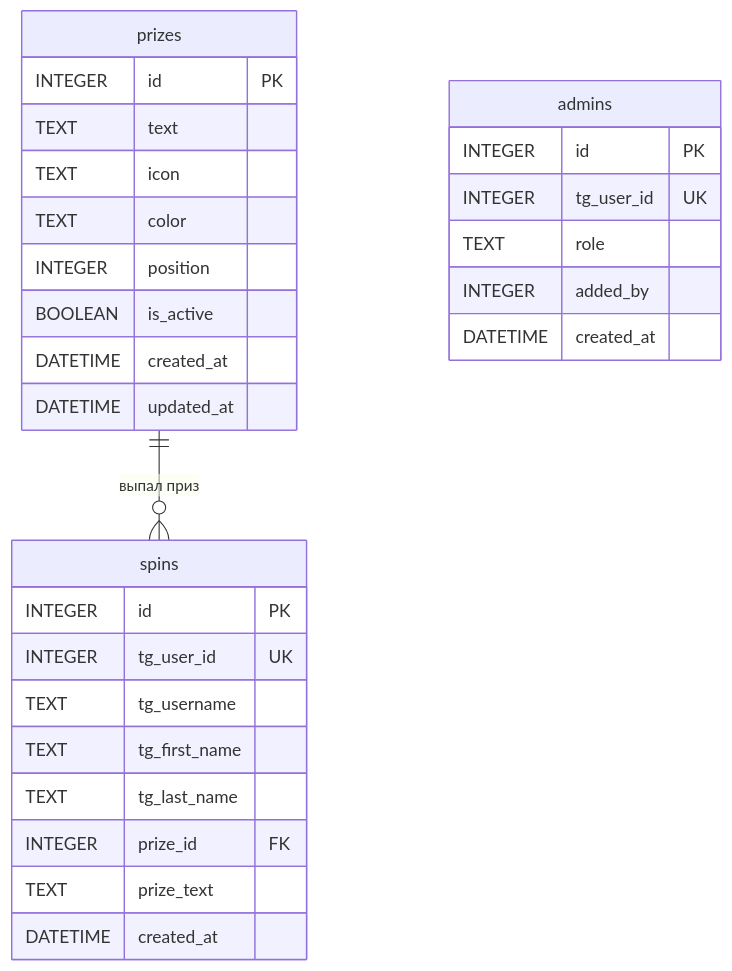
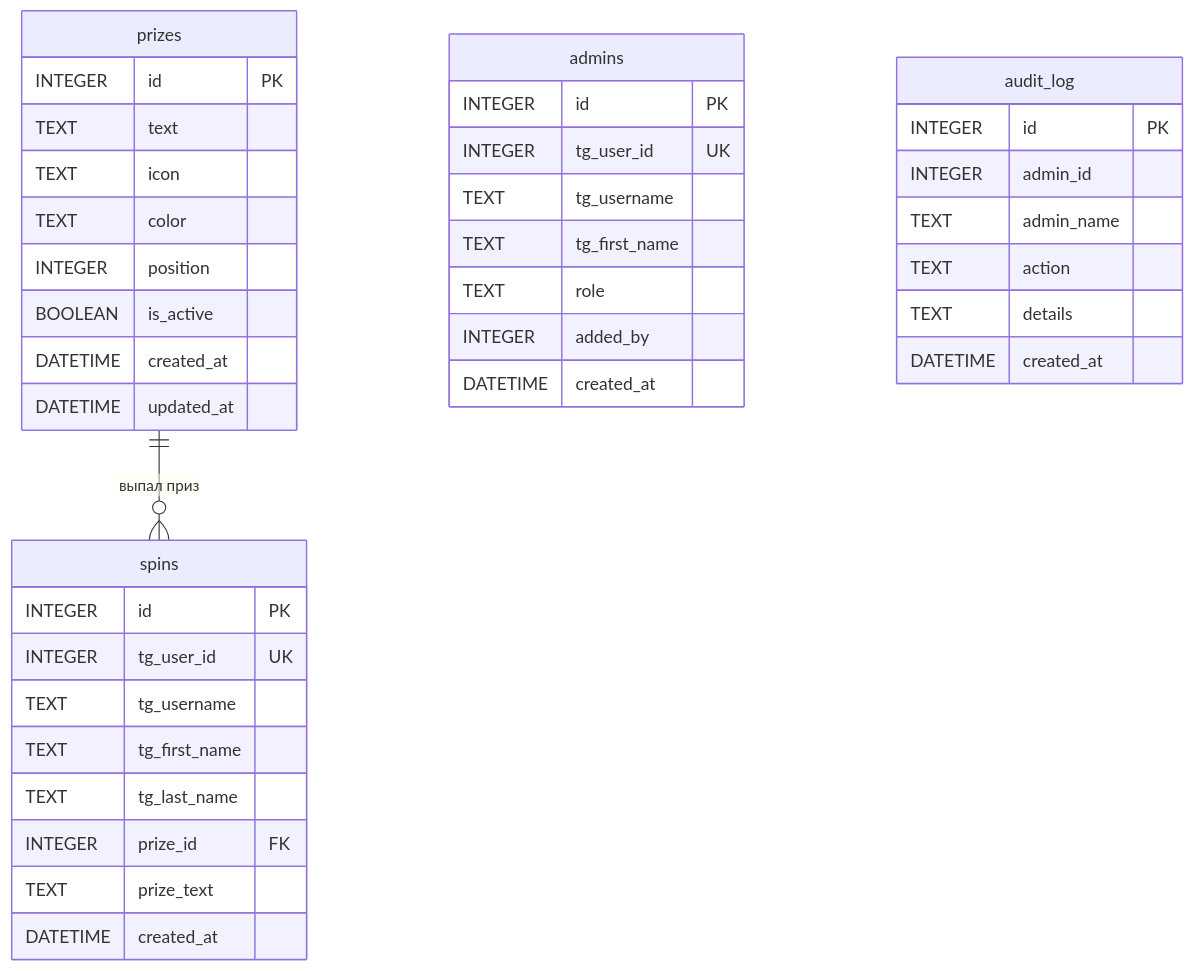
One commit to wobujidao/fortune-wheel changed the second of 2 diagrams in README.md. Above: the diagram before and after it, drawn with Mermaid. The commit also changed other lines of this file and 6 other files, not shown here.

````diff
--- a/README.md
+++ b/README.md
@@ -260,34 +276,45 @@
 ```mermaid
 erDiagram
     prizes {
         INTEGER id PK
         TEXT text
         TEXT icon
         TEXT color
         INTEGER position
         BOOLEAN is_active
         DATETIME created_at
         DATETIME updated_at
     }
 
     spins {
         INTEGER id PK
         INTEGER tg_user_id UK
         TEXT tg_username
         TEXT tg_first_name
         TEXT tg_last_name
         INTEGER prize_id FK
         TEXT prize_text
         DATETIME created_at
     }
 
     admins {
         INTEGER id PK
         INTEGER tg_user_id UK
+        TEXT tg_username
+        TEXT tg_first_name
         TEXT role
         INTEGER added_by
         DATETIME created_at
     }
 
+    audit_log {
+        INTEGER id PK
+        INTEGER admin_id
+        TEXT admin_name
+        TEXT action
+        TEXT details
+        DATETIME created_at
+    }
+
     prizes ||--o{ spins : "выпал приз"
 ```
````
